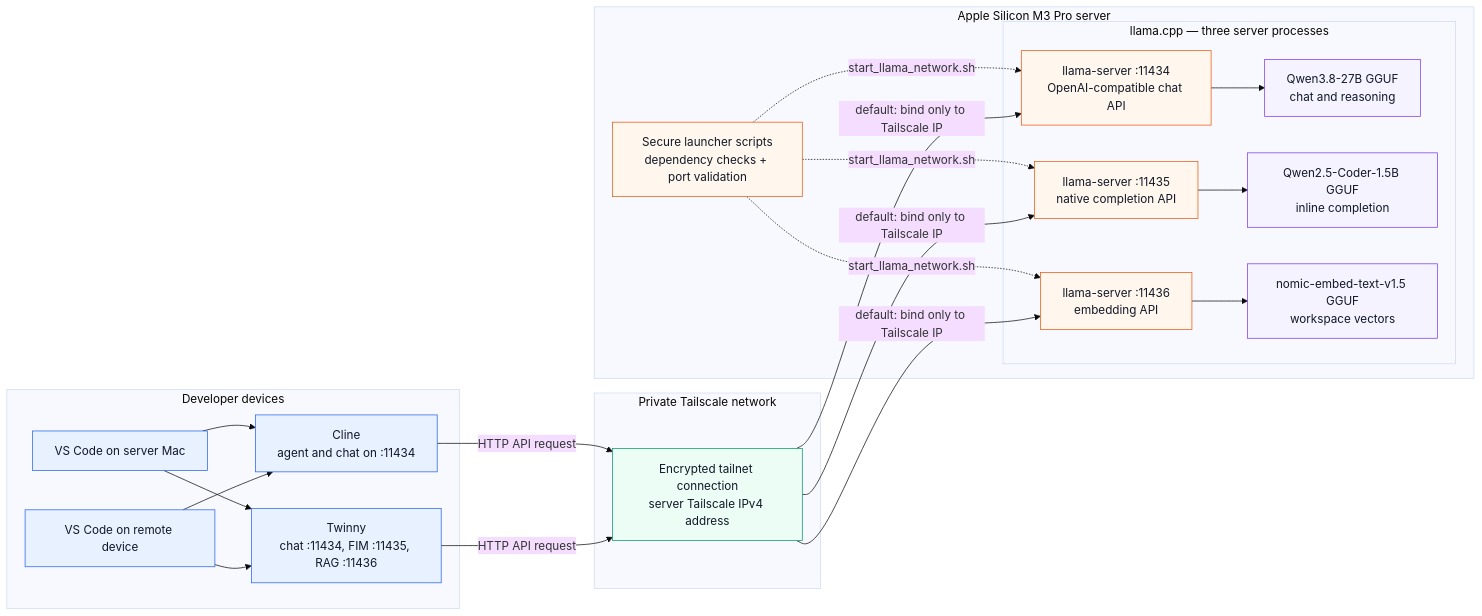
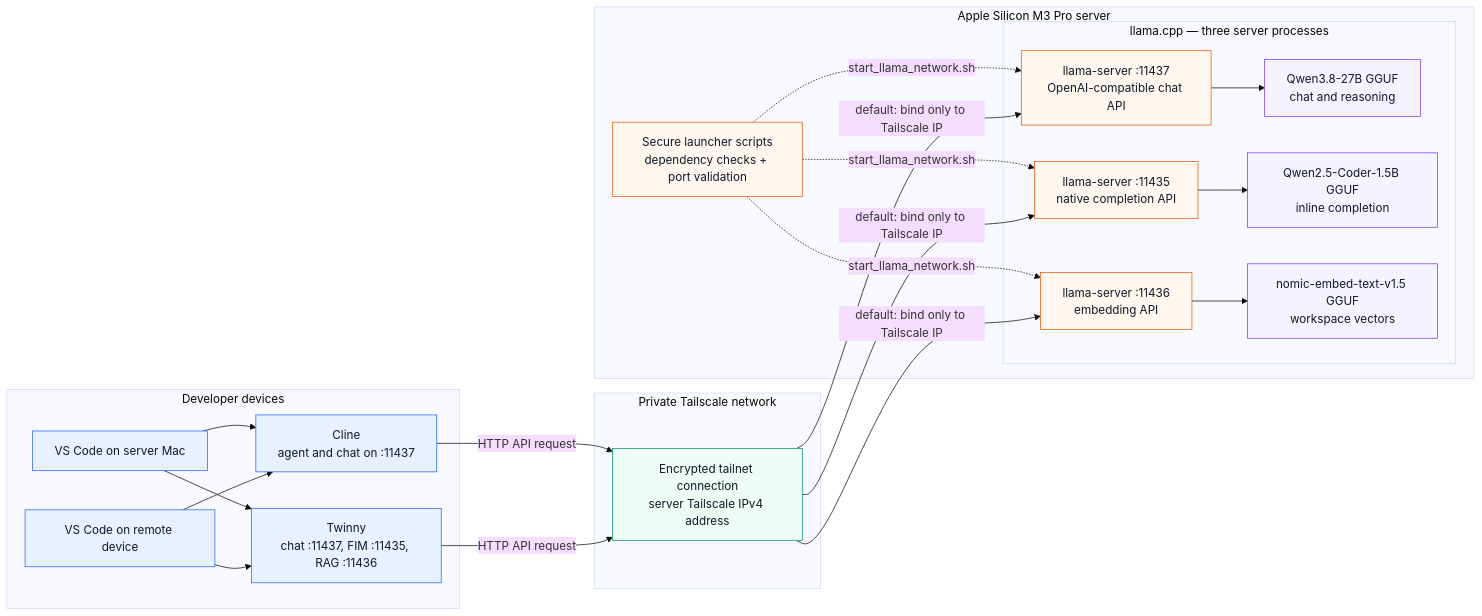
The first of 2 diagrams in how_to.md (CraigSDel/Mochi), drawn with Mermaid (base theme) before and after one commit. The commit also changed other lines of this file and 14 other files, not shown here.

````diff
--- a/how_to.md
+++ b/how_to.md
@@ -20,55 +46,55 @@
 ```mermaid
 flowchart LR
     subgraph Clients["Developer devices"]
         LocalVS["VS Code on server Mac"]
         RemoteVS["VS Code on remote device"]
-        Cline["Cline<br/>agent and chat on :11434"]
-        Twinny["Twinny<br/>chat :11434, FIM :11435, RAG :11436"]
+        Cline["Cline<br/>agent and chat on :11437"]
+        Twinny["Twinny<br/>chat :11437, FIM :11435, RAG :11436"]
 
         LocalVS --> Cline
         LocalVS --> Twinny
         RemoteVS --> Cline
         RemoteVS --> Twinny
     end
 
     subgraph Tailnet["Private Tailscale network"]
         TS["Encrypted tailnet connection<br/>server Tailscale IPv4 address"]
     end
 
     Cline -->|"HTTP API request"| TS
     Twinny -->|"HTTP API request"| TS
 
     subgraph Mac["Apple Silicon M3 Pro server"]
         Scripts["Secure launcher scripts<br/>dependency checks + port validation"]
 
         subgraph LlamaPath["llama.cpp — three server processes"]
-            LChat["llama-server :11434<br/>OpenAI-compatible chat API"]
+            LChat["llama-server :11437<br/>OpenAI-compatible chat API"]
             LFIM["llama-server :11435<br/>native completion API"]
             LEmbed["llama-server :11436<br/>embedding API"]
 
             ChatGGUF["Qwen3.8-27B GGUF<br/>chat and reasoning"]
             FIMGGUF["Qwen2.5-Coder-1.5B GGUF<br/>inline completion"]
             EmbedGGUF["nomic-embed-text-v1.5 GGUF<br/>workspace vectors"]
 
             LChat --> ChatGGUF
             LFIM --> FIMGGUF
             LEmbed --> EmbedGGUF
         end
 
         Scripts -.->|"start_llama_network.sh"| LChat
         Scripts -.->|"start_llama_network.sh"| LFIM
         Scripts -.->|"start_llama_network.sh"| LEmbed
     end
 
     TS -->|"default: bind only to Tailscale IP"| LChat
     TS -->|"default: bind only to Tailscale IP"| LFIM
     TS -->|"default: bind only to Tailscale IP"| LEmbed
     classDef client fill:#e8f1ff,stroke:#2563eb,color:#111827
     classDef network fill:#ecfdf5,stroke:#059669,color:#111827
     classDef service fill:#fff7ed,stroke:#ea580c,color:#111827
     classDef model fill:#f5f3ff,stroke:#7c3aed,color:#111827
     class LocalVS,RemoteVS,Cline,Twinny client
     class TS network
     class Scripts,LChat,LFIM,LEmbed service
     class ChatGGUF,FIMGGUF,EmbedGGUF model
 ```
````
